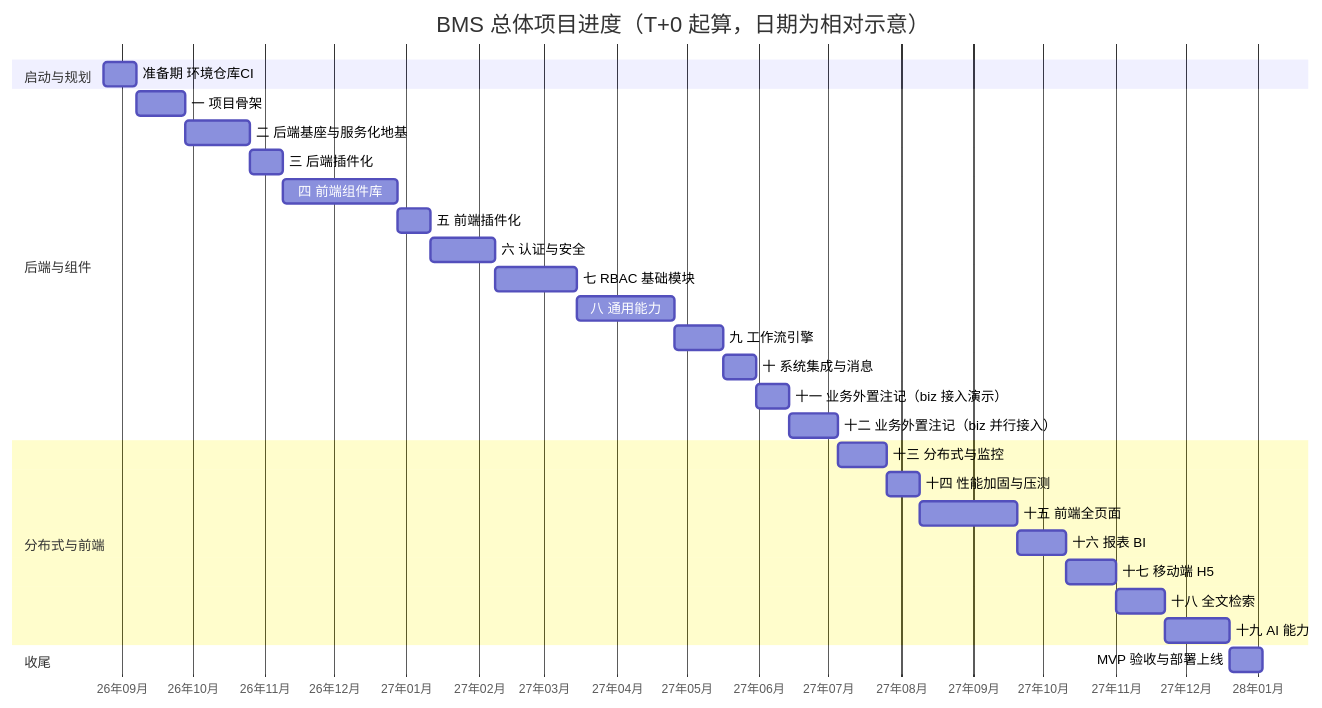
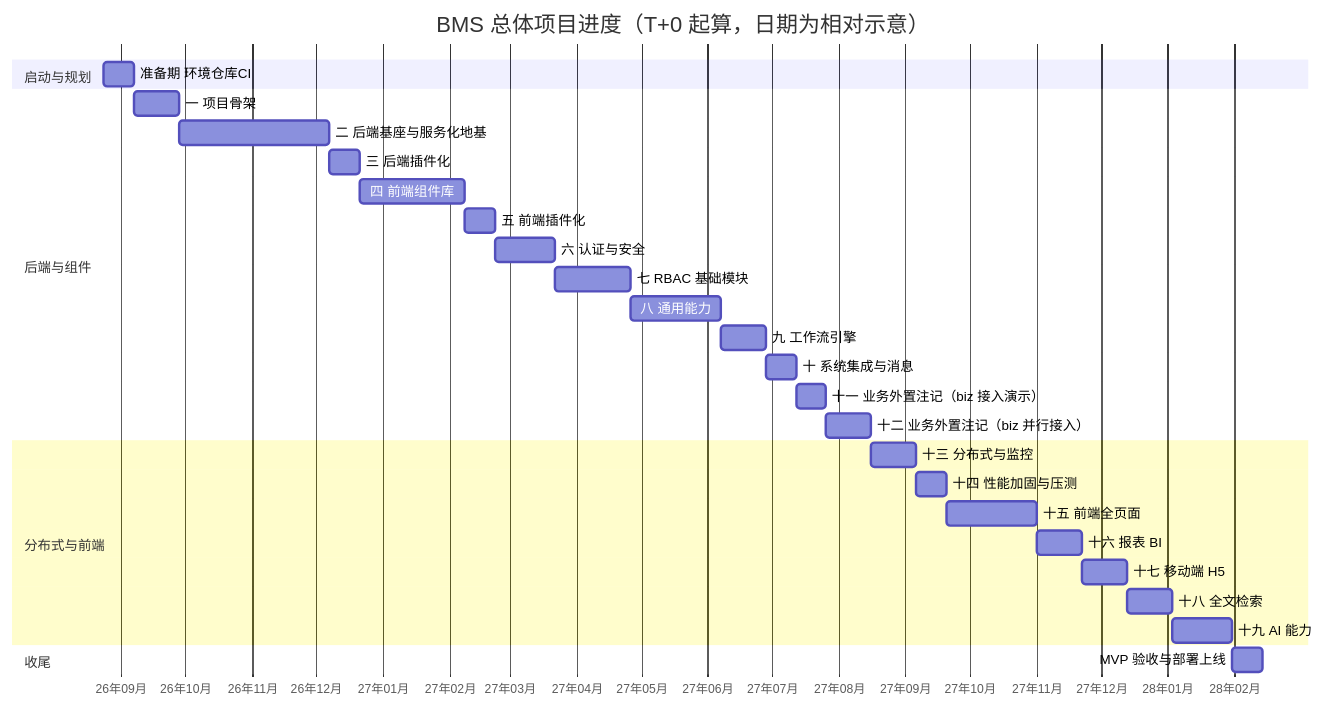
Before and after one commit to minjian123/basic-management-system: the second of 2 diagrams in bms文档/规划/总体项目规划.md, drawn with Mermaid. The commit also changed other lines of this file and 7 other files, not shown here.

````diff
--- a/bms文档/规划/总体项目规划.md
+++ b/bms文档/规划/总体项目规划.md
@@ -198,32 +198,32 @@
 ```mermaid
 gantt
     title BMS 总体项目进度（T+0 起算，日期为相对示意）
     dateFormat  YYYY-MM-DD
     axisFormat  %y年%m月
     tickInterval 1month
     section 启动与规划
     准备期 环境仓库CI        :a0, 2026-08-24, 2w
     section 后端与组件
     一 项目骨架              :a1, after a0, 3w
-    二 后端基座与服务化地基  :a2, after a1, 4w
+    二 后端基座与服务化地基  :a2, after a1, 10w
     三 后端插件化            :a2b, after a2, 2w
     四 前端组件库            :a3, after a2b, 7w
     五 前端插件化            :a3b, after a3, 2w
     六 认证与安全            :a4, after a3b, 4w
     七 RBAC 基础模块         :a5, after a4, 5w
     八 通用能力              :a6, after a5, 6w
     九 工作流引擎            :a7, after a6, 3w
     十 系统集成与消息        :a8, after a7, 2w
     十一 业务外置注记（biz 接入演示）  :a9, after a8, 2w
     十二 业务外置注记（biz 并行接入）  :a10, after a9, 3w
     section 分布式与前端
     十三 分布式与监控        :a11, after a10, 3w
     十四 性能加固与压测      :a12, after a11, 2w
     十五 前端全页面          :a13, after a12, 6w
     十六 报表 BI             :a14, after a13, 3w
     十七 移动端 H5           :a15, after a14, 3w
     十八 全文检索            :a16, after a15, 3w
     十九 AI 能力             :a17, after a16, 4w
     section 收尾
     MVP 验收与部署上线       :a18, after a17, 2w
 ```
````
